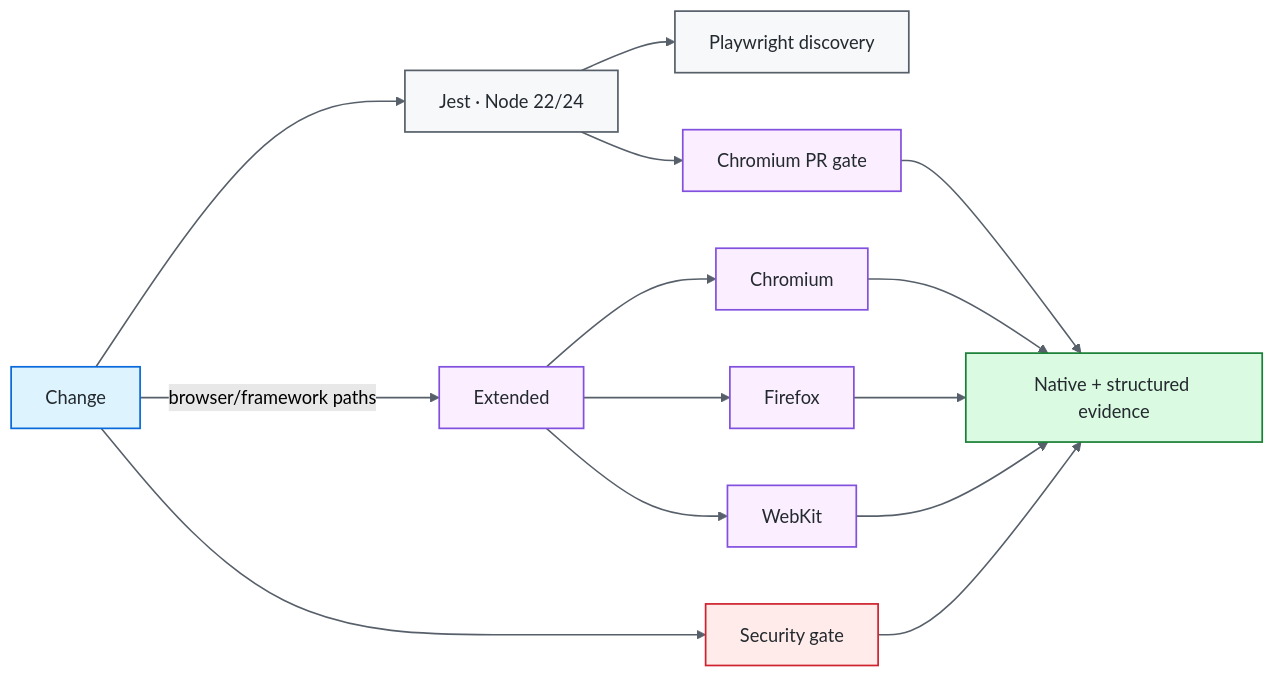
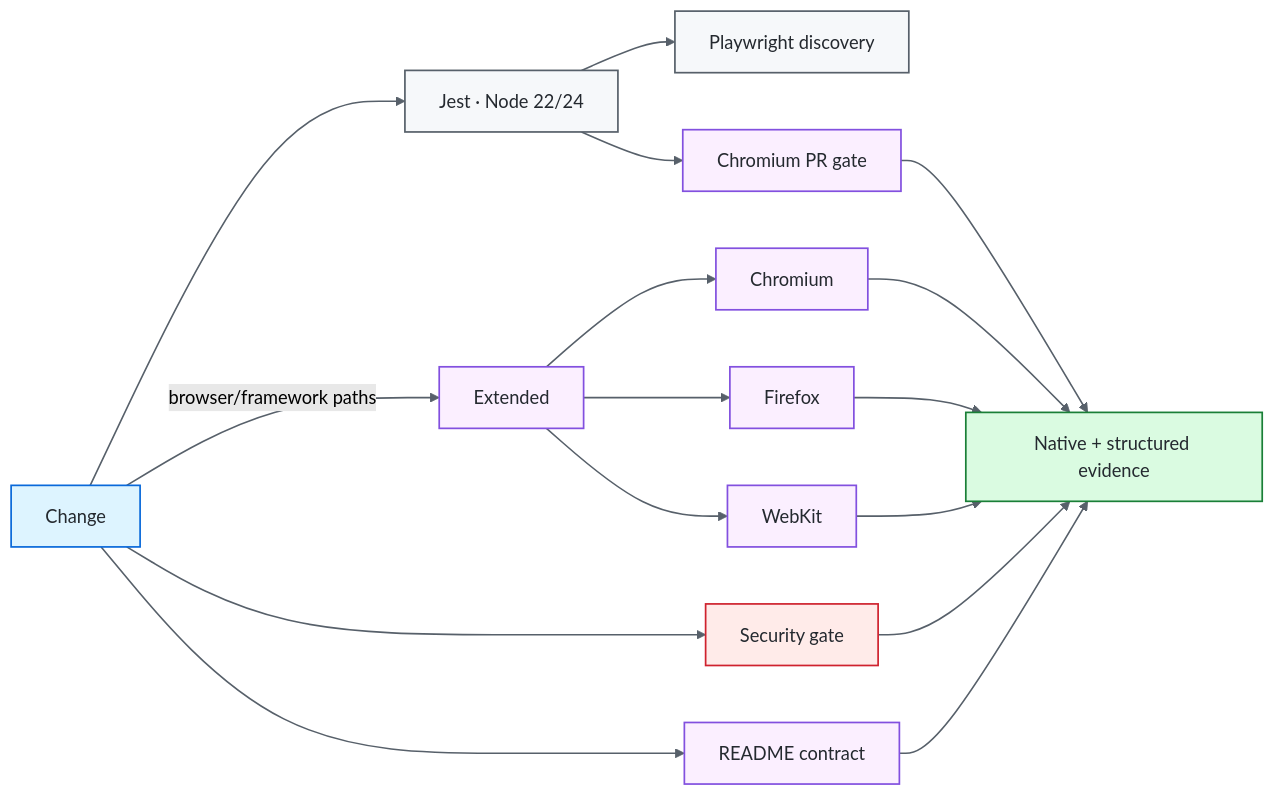
One commit to portyu9/qa-automation-node-playwright changed the first of 3 diagrams in README.md. Above: the diagram before and after it, drawn with Mermaid (forest theme). The commit also changed other lines of this file and 2 other files, not shown here.

````diff
--- a/README.md
+++ b/README.md
@@ -34,28 +36,30 @@
 ```mermaid
 flowchart LR
     CHANGE[Change] --> FAST[Jest · Node 22/24]
     FAST --> LIST[Playwright discovery]
     FAST --> CH[Chromium PR gate]
     CHANGE --> SEC[Security gate]
+    CHANGE --> DOCS[README contract]
     CHANGE -->|browser/framework paths| EXT[Extended]
     EXT --> C[Chromium]
     EXT --> F[Firefox]
     EXT --> W[WebKit]
     CH --> EV[Native + structured evidence]
     C --> EV
     F --> EV
     W --> EV
     SEC --> EV
+    DOCS --> EV
 
     classDef entry fill:#ddf4ff,stroke:#0969da,color:#24292f,stroke-width:1.5px;
     classDef core fill:#f6f8fa,stroke:#57606a,color:#24292f,stroke-width:1.5px;
     classDef gate fill:#fbefff,stroke:#8250df,color:#24292f,stroke-width:1.5px;
     classDef evidence fill:#dafbe1,stroke:#1a7f37,color:#24292f,stroke-width:1.5px;
     classDef security fill:#ffebe9,stroke:#cf222e,color:#24292f,stroke-width:1.5px;
     class CHANGE entry;
     class FAST,LIST core;
-    class CH,EXT,C,F,W gate;
+    class CH,EXT,C,F,W,DOCS gate;
     class SEC security;
     class EV evidence;
     linkStyle default stroke:#57606a,stroke-width:1.4px;
 ```
````
